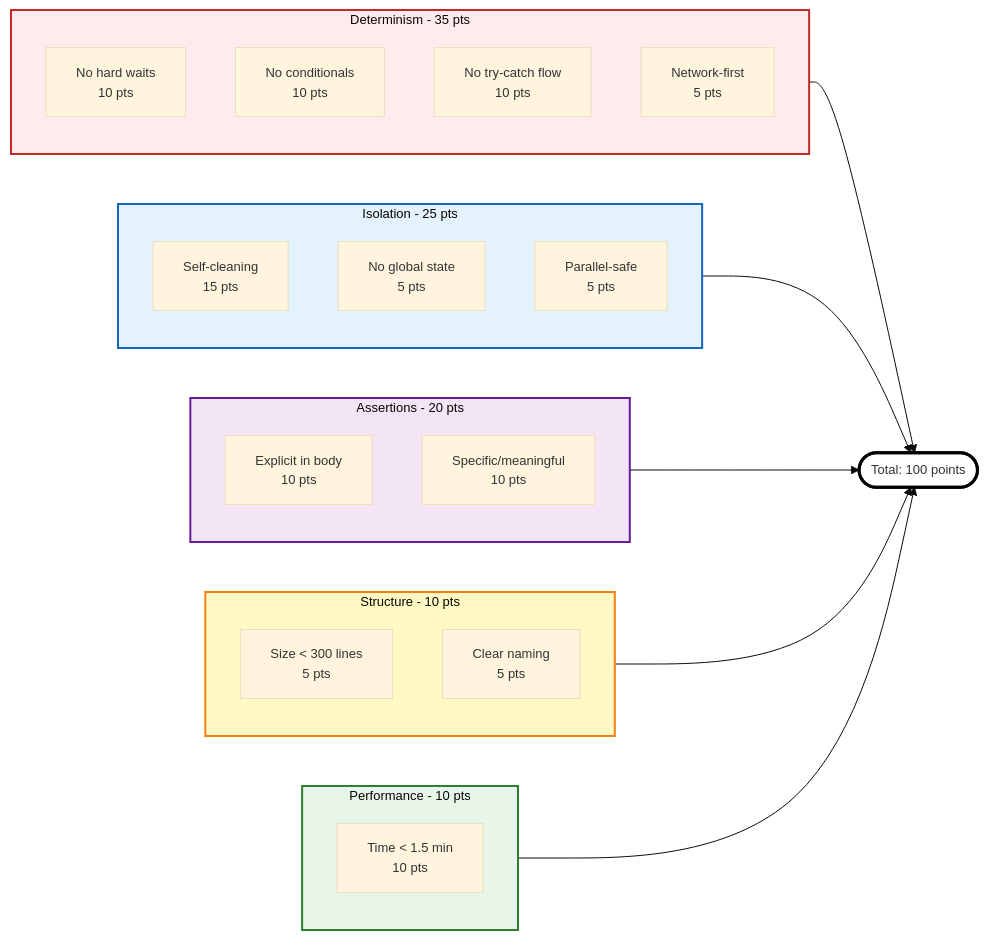
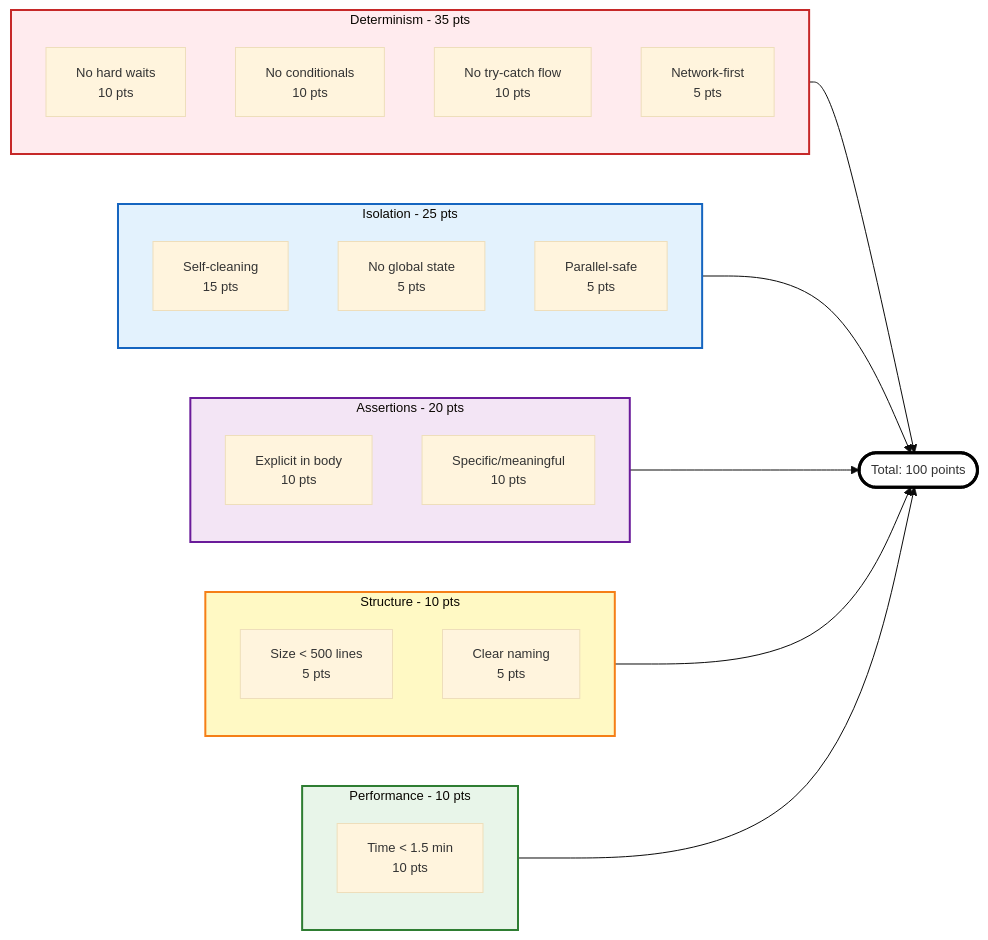
Before and after one commit to bmad-code-org/bmad-method-test-architecture-enterprise: the second of 2 diagrams in docs/explanation/test-quality-standards.md, drawn with Mermaid. The commit also changed other lines of this file and 20 other files, not shown here.

````diff
--- a/docs/explanation/test-quality-standards.md
+++ b/docs/explanation/test-quality-standards.md
@@ -590,43 +590,43 @@
 ```mermaid
 %%{init: {'theme':'base', 'themeVariables': { 'fontSize':'13px'}}}%%
 flowchart LR
     subgraph Det[Determinism - 35 pts]
         D1[No hard waits<br/>10 pts]
         D2[No conditionals<br/>10 pts]
         D3[No try-catch flow<br/>10 pts]
         D4[Network-first<br/>5 pts]
     end
 
     subgraph Iso[Isolation - 25 pts]
         I1[Self-cleaning<br/>15 pts]
         I2[No global state<br/>5 pts]
         I3[Parallel-safe<br/>5 pts]
     end
 
     subgraph Assrt[Assertions - 20 pts]
         A1[Explicit in body<br/>10 pts]
         A2[Specific/meaningful<br/>10 pts]
     end
 
     subgraph Struct[Structure - 10 pts]
-        S1[Size < 300 lines<br/>5 pts]
+        S1[Size < 500 lines<br/>5 pts]
         S2[Clear naming<br/>5 pts]
     end
 
     subgraph Perf[Performance - 10 pts]
         P1[Time < 1.5 min<br/>10 pts]
     end
 
     Det --> Total([Total: 100 points])
     Iso --> Total
     Assrt --> Total
     Struct --> Total
     Perf --> Total
 
     style Det fill:#ffebee,stroke:#c62828,stroke-width:2px
     style Iso fill:#e3f2fd,stroke:#1565c0,stroke-width:2px
     style Assrt fill:#f3e5f5,stroke:#6a1b9a,stroke-width:2px
     style Struct fill:#fff9c4,stroke:#f57f17,stroke-width:2px
     style Perf fill:#e8f5e9,stroke:#2e7d32,stroke-width:2px
     style Total fill:#fff,stroke:#000,stroke-width:3px
 ```
````
